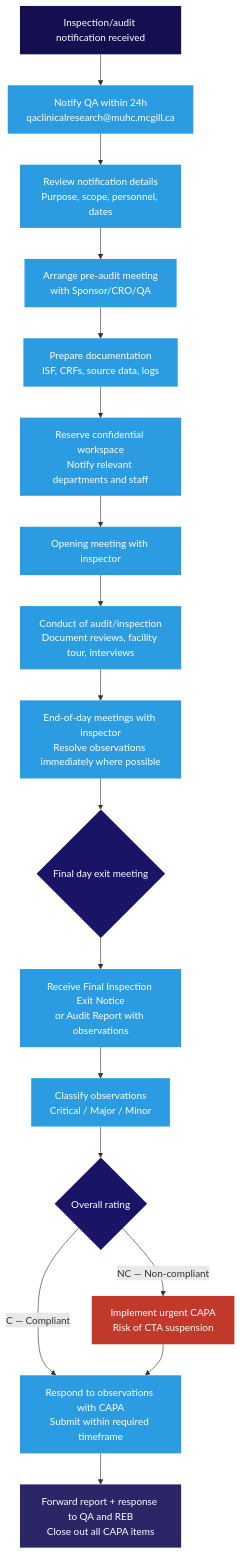
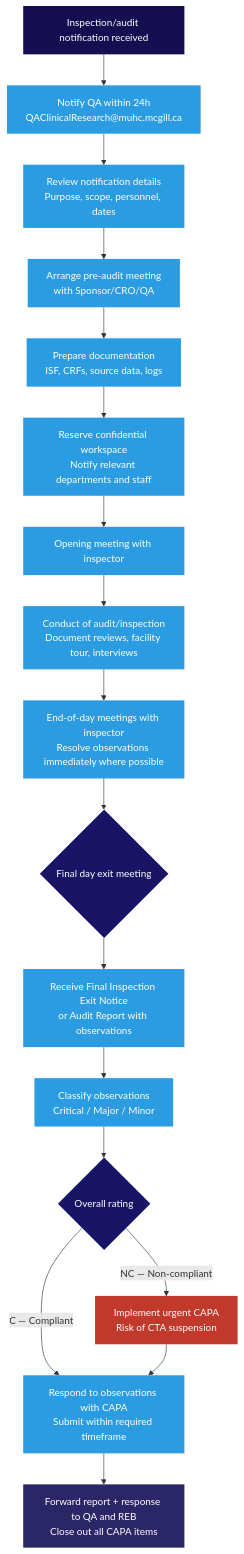
The diagram in sops/cr-017.mdx (matthewfiorentino/docs), drawn with Mermaid before and after one commit. The commit also changed other lines of this file and 20 other files, not shown here.

````diff
--- a/sops/cr-017.mdx
+++ b/sops/cr-017.mdx
@@ -101,36 +101,36 @@
 ```mermaid
 flowchart TD
-    A[Inspection/audit notification received] --> B[Notify QA within 24h\nqaclinicalresearch@muhc.mcgill.ca]
+    A[Inspection/audit notification received] --> B[Notify QA within 24h\nQAClinicalResearch@muhc.mcgill.ca]
     B --> C[Review notification details\nPurpose, scope, personnel, dates]
     C --> D[Arrange pre-audit meeting\nwith Sponsor/CRO/QA]
     D --> E[Prepare documentation\nISF, CRFs, source data, logs]
     E --> F[Reserve confidential workspace\nNotify relevant departments and staff]
     F --> G[Opening meeting with inspector]
     G --> H[Conduct of audit/inspection\nDocument reviews, facility tour, interviews]
     H --> I[End-of-day meetings with inspector\nResolve observations immediately where possible]
     I --> J{Final day exit meeting}
     J --> K[Receive Final Inspection Exit Notice\nor Audit Report with observations]
     K --> L[Classify observations\nCritical / Major / Minor]
     L --> M{Overall rating}
     M -->|C — Compliant| N[Respond to observations with CAPA\nSubmit within required timeframe]
     M -->|NC — Non-compliant| O[Implement urgent CAPA\nRisk of CTA suspension]
     O --> N
     N --> P[Forward report + response to QA and REB\nClose out all CAPA items]
 
     style A fill:#150e51,color:#fff,stroke:none
     style B fill:#2b9ce2,color:#fff,stroke:none
     style C fill:#2b9ce2,color:#fff,stroke:none
     style D fill:#2b9ce2,color:#fff,stroke:none
     style E fill:#2b9ce2,color:#fff,stroke:none
     style F fill:#2b9ce2,color:#fff,stroke:none
     style G fill:#2b9ce2,color:#fff,stroke:none
     style H fill:#2b9ce2,color:#fff,stroke:none
     style I fill:#2b9ce2,color:#fff,stroke:none
     style J fill:#1a1466,color:#fff,stroke:none
     style K fill:#2b9ce2,color:#fff,stroke:none
     style L fill:#2b9ce2,color:#fff,stroke:none
     style M fill:#1a1466,color:#fff,stroke:none
     style N fill:#2b9ce2,color:#fff,stroke:none
     style O fill:#c0392b,color:#fff,stroke:none
     style P fill:#2b2666,color:#fff,stroke:none
 ```
````
